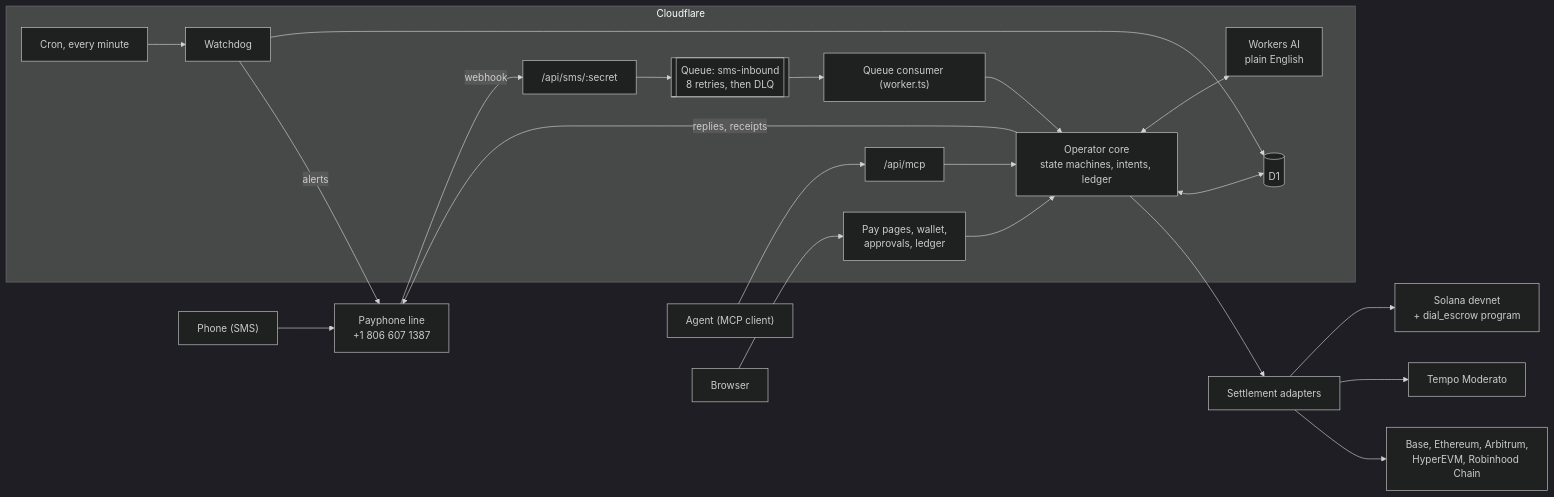
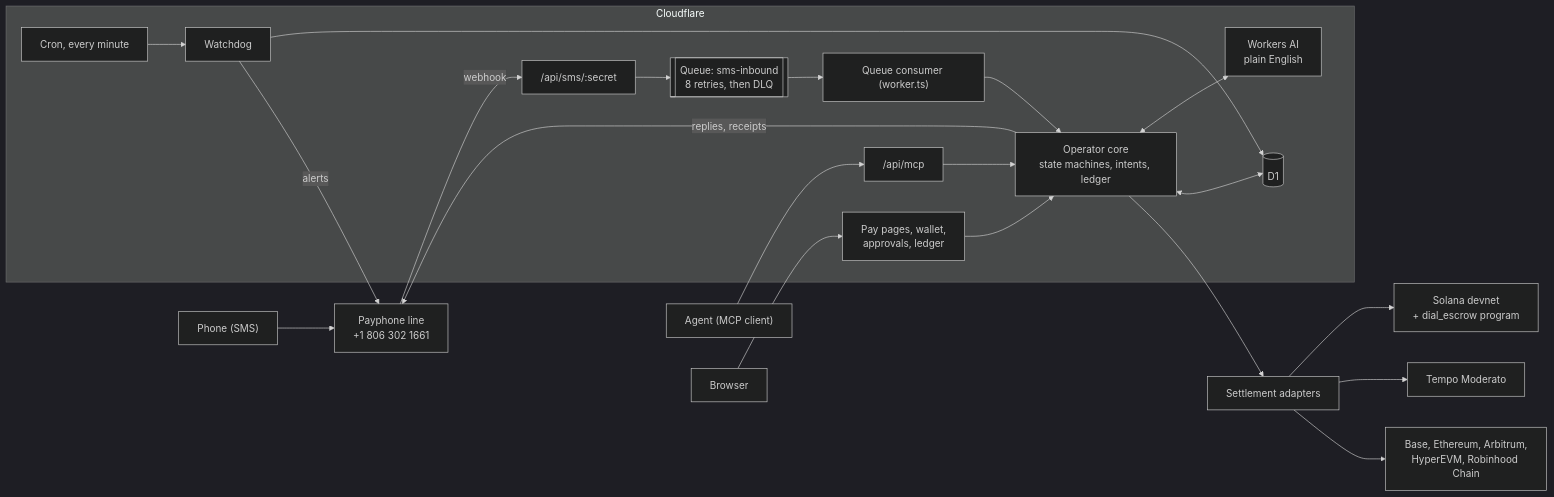
Before and after one commit to Dial-WTF/text-my-crypto: the diagram in README.md, drawn with Mermaid (dark theme). The commit also changed other lines of this file and 11 other files, not shown here.

````diff
--- a/README.md
+++ b/README.md
@@ -72,38 +72,38 @@
 ```mermaid
 flowchart LR
   phone["Phone (SMS)"]
   agent["Agent (MCP client)"]
   browser["Browser"]
-  payphone["Payphone line<br/>+1 806 607 1387"]
+  payphone["Payphone line<br/>+1 806 302 1661"]
   subgraph cf["Cloudflare"]
     webhook["/api/sms/:secret"]
     queue[["Queue: sms-inbound<br/>8 retries, then DLQ"]]
     consumer["Queue consumer (worker.ts)"]
     mcp["/api/mcp"]
     pages["Pay pages, wallet,<br/>approvals, ledger"]
     core["Operator core<br/>state machines, intents, ledger"]
     ai["Workers AI<br/>plain English"]
     d1[("D1")]
     cron["Cron, every minute"]
     watchdog["Watchdog"]
   end
   adapters["Settlement adapters"]
   sol["Solana devnet<br/>+ dial_escrow program"]
   tempo["Tempo Moderato"]
   evm["Base, Ethereum, Arbitrum,<br/>HyperEVM, Robinhood Chain"]
 
   phone --> payphone
   payphone -- webhook --> webhook
   webhook --> queue --> consumer --> core
   agent --> mcp --> core
   browser --> pages --> core
   core <--> ai
   core <--> d1
   cron --> watchdog --> d1
   core --> adapters
   adapters --> sol
   adapters --> tempo
   adapters --> evm
   core -- replies, receipts --> payphone
   watchdog -- alerts --> payphone
 ```
````
